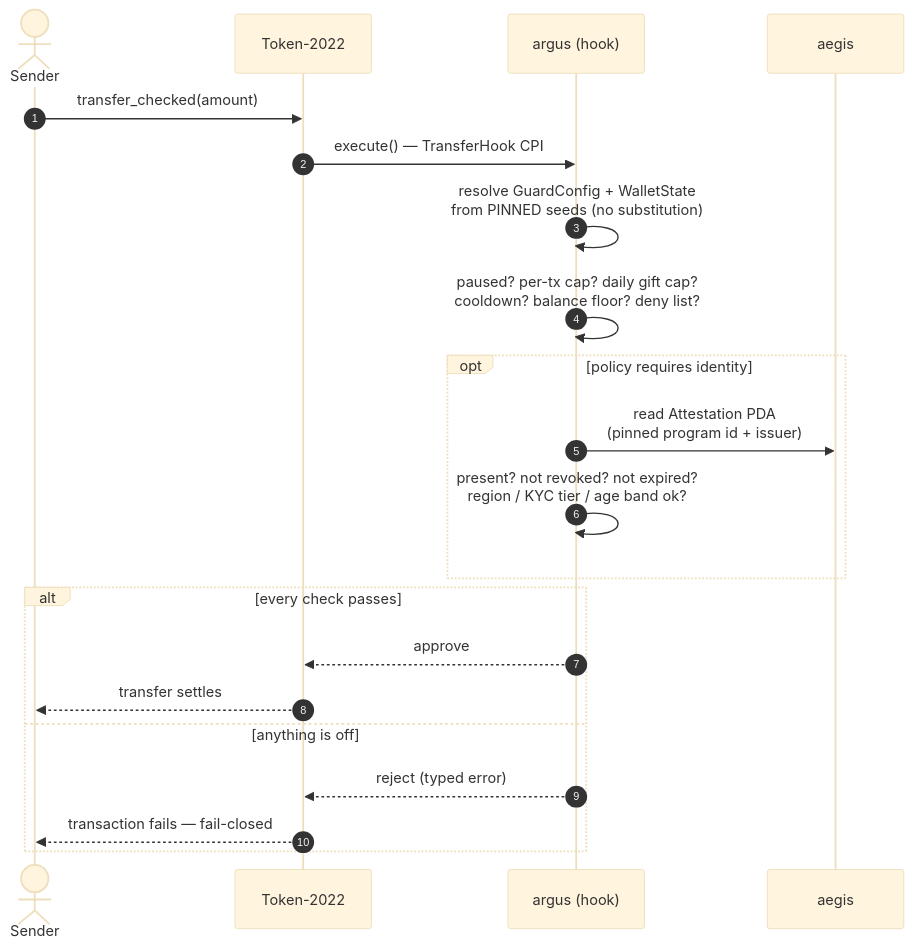
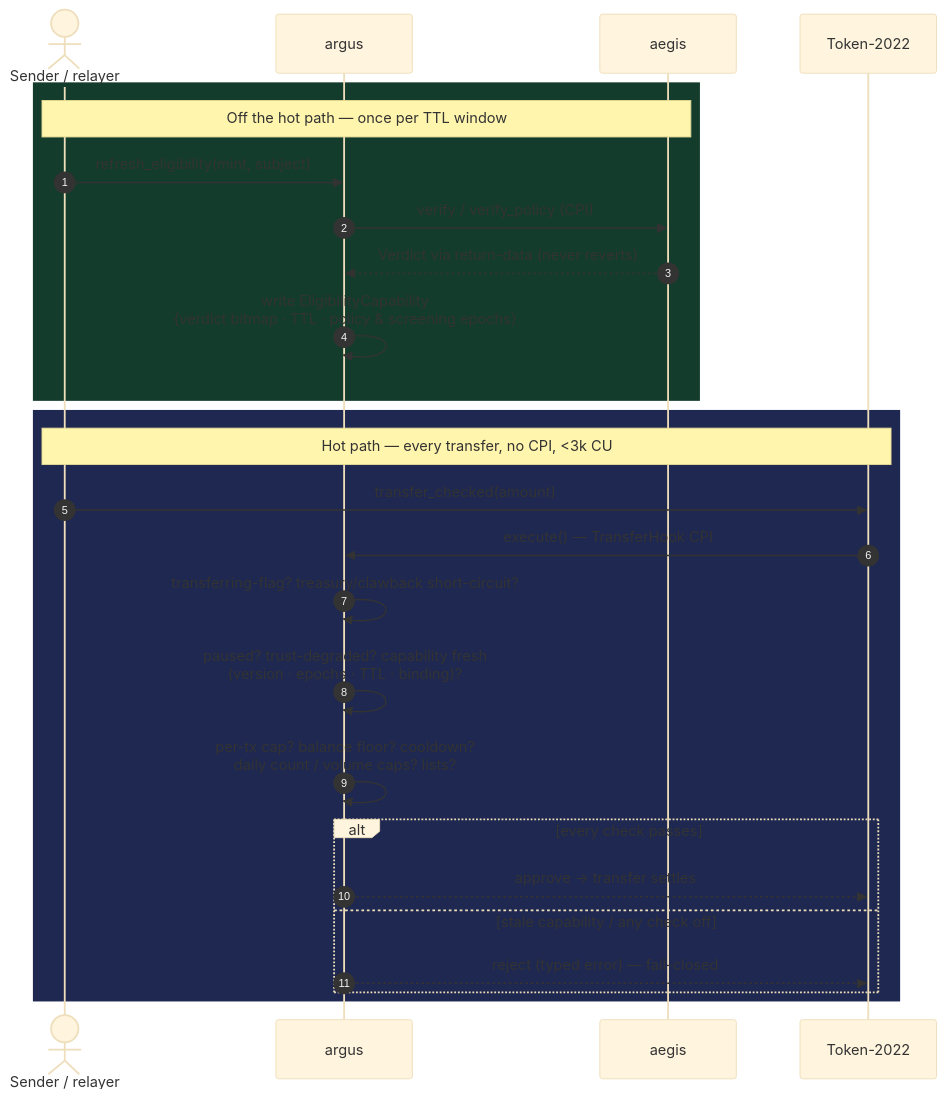
Before and after one commit to ivasik-k7/vesta-core: the fourth of 6 diagrams in README.md, drawn with Mermaid (base theme). The commit also changed other lines of this file, not shown here.

First line of the commit message:
docs(readme): architecture + flow diagrams reflect the current aegis↔argus model

````diff
--- a/README.md
+++ b/README.md
@@ -305,24 +350,30 @@
 ```mermaid
 sequenceDiagram
     autonumber
-    actor A as Sender
+    actor A as Sender / relayer
+    participant AR as argus
+    participant AE as aegis
     participant T22 as Token-2022
-    participant AR as argus (hook)
-    participant AE as aegis
 
+    rect rgb(20,60,45)
+    note over A,AE: Off the hot path — once per TTL window
+    A->>AR: refresh_eligibility(mint, subject)
+    AR->>AE: verify / verify_policy (CPI)
+    AE-->>AR: Verdict via return-data (never reverts)
+    AR->>AR: write EligibilityCapability<br/>{verdict bitmap · TTL · policy & screening epochs}
+    end
+
+    rect rgb(30,40,80)
+    note over A,T22: Hot path — every transfer, no CPI, <3k CU
     A->>T22: transfer_checked(amount)
     T22->>AR: execute() — TransferHook CPI
-    AR->>AR: resolve GuardConfig + WalletState<br/>from PINNED seeds (no substitution)
-    AR->>AR: paused? per-tx cap? daily gift cap?<br/>cooldown? balance floor? deny list?
-    opt policy requires identity
-        AR->>AE: read Attestation PDA<br/>(pinned program id + issuer)
-        AR->>AR: present? not revoked? not expired?<br/>region / KYC tier / age band ok?
+    AR->>AR: transferring-flag? treasury/clawback short-circuit?
+    AR->>AR: paused? trust-degraded? capability fresh<br/>(version · epochs · TTL · binding)?
+    AR->>AR: per-tx cap? balance floor? cooldown?<br/>daily count / volume caps? lists?
+    alt every check passes
+        AR-->>T22: approve → transfer settles
+    else stale capability / any check off
+        AR-->>T22: reject (typed error) — fail-closed
     end
-    alt every check passes
-        AR-->>T22: approve
-        T22-->>A: transfer settles
-    else anything is off
-        AR-->>T22: reject (typed error)
-        T22-->>A: transaction fails — fail-closed
     end
 ```
````
